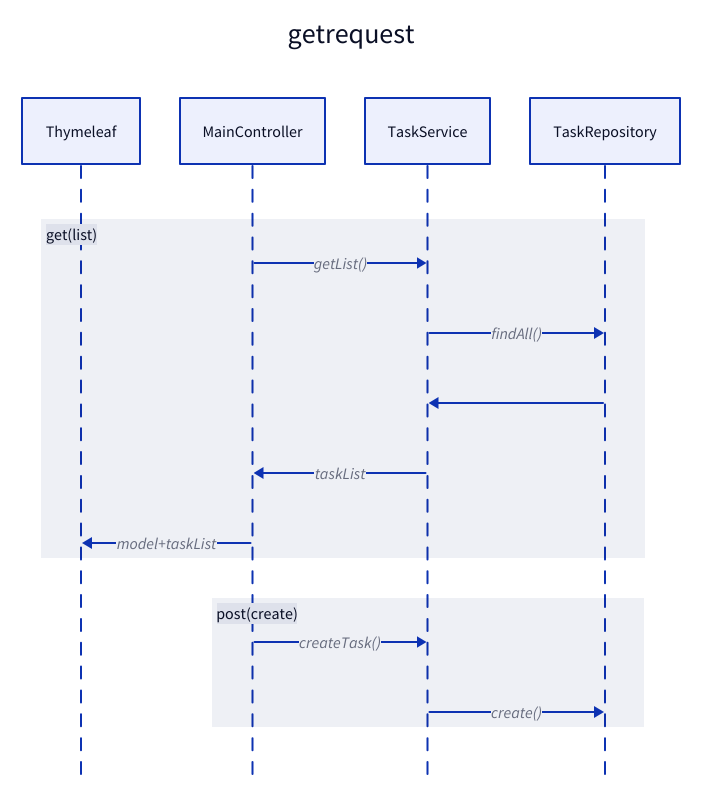
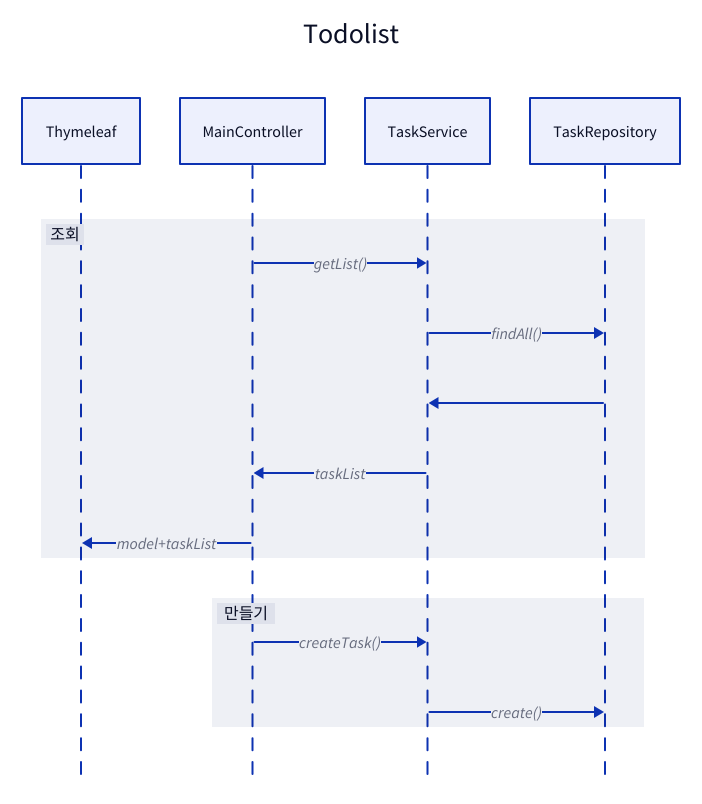
Before and after one commit to soljeong/todolist: the diagram in sequencs.d2, drawn with D2. The commit also changed 1 other file, not shown here.

```diff
--- a/sequencs.d2
+++ b/sequencs.d2
@@ -1,19 +1,19 @@
-getrequest: {
+Todolist: {
   shape: sequence_diagram
 
   th: Thymeleaf
   con: MainController
   ser: TaskService
   re: TaskRepository
-  get(list): {
+  조회: {
     con -> ser: getList()
     ser -> re : findAll()
     re -> ser 
     ser -> con: taskList
     con -> th: model+taskList
   }
-  post(create):{
+  만들기:{
     con -> ser : createTask()
     ser -> re : create()
   }
 }
```
